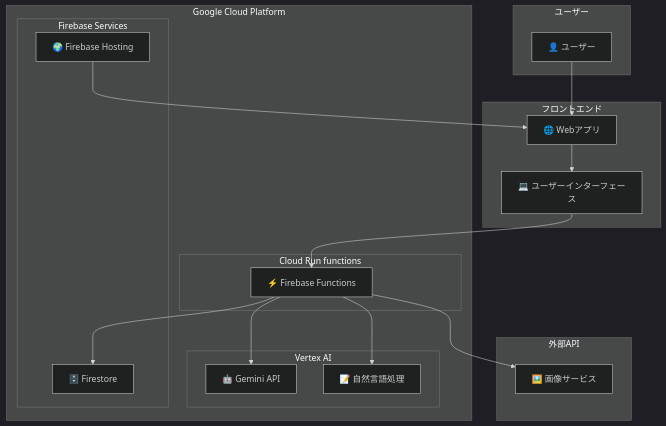
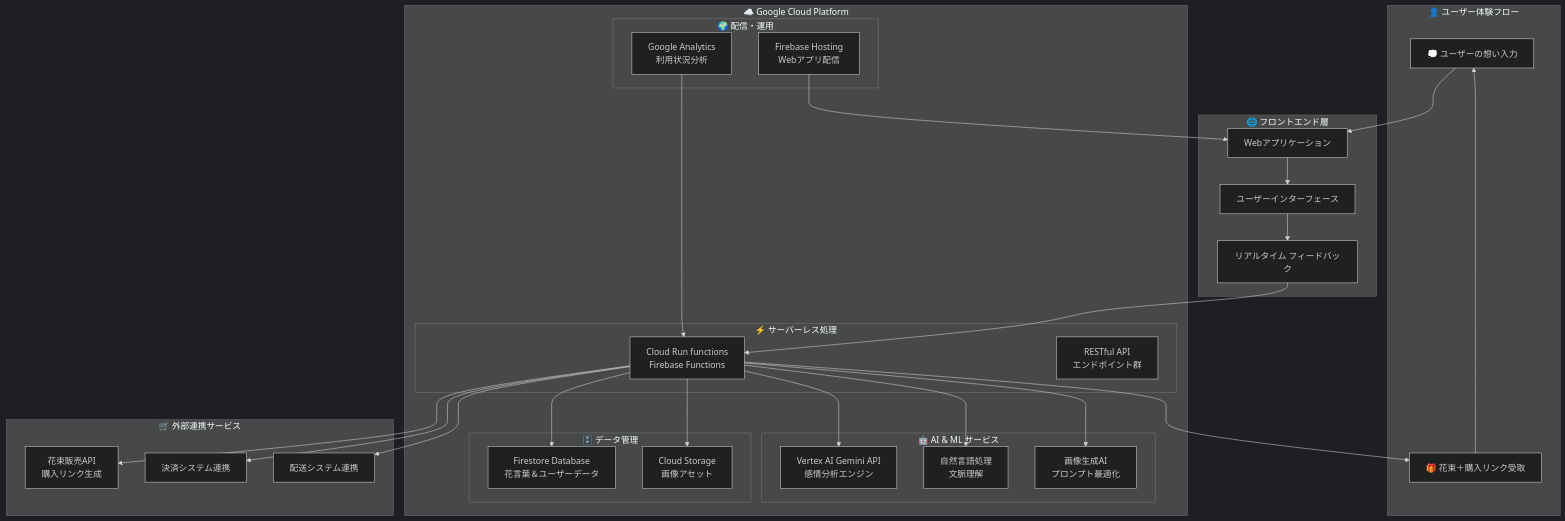
The third of 9 diagrams in docs/zenn-article-complete.md (wwlapaki310/sakisou), drawn with Mermaid (dark theme) before and after one commit. The commit also changed other lines of this file, not shown here.

````diff
--- a/docs/zenn-article-complete.md
+++ b/docs/zenn-article-complete.md
@@ -68,40 +153,58 @@
 ```mermaid
 graph TB
-    subgraph "ユーザー"
-        User[👤 ユーザー]
+    subgraph "👤 ユーザー体験フロー"
+        User[💭 ユーザーの想い入力]
+        Result[🎁 花束＋購入リンク受取]
     end
     
-    subgraph "フロントエンド"
-        Web[🌐 Webアプリ]
-        UI[💻 ユーザーインターフェース]
+    subgraph "🌐 フロントエンド層"
+        Web[Webアプリケーション]
+        UI[ユーザーインターフェース]
+        UX[リアルタイム フィードバック]
     end
     
-    subgraph "Google Cloud Platform"
-        subgraph "Cloud Run functions"
-            API[⚡ Firebase Functions]
+    subgraph "☁️ Google Cloud Platform"
+        subgraph "🤖 AI & ML サービス"
+            Gemini[Vertex AI Gemini API<br/>感情分析エンジン]
+            NLP[自然言語処理<br/>文脈理解]
+            ImageAI[画像生成AI<br/>プロンプト最適化]
         end
         
-        subgraph "Vertex AI"
-            Gemini[🤖 Gemini API]
-            NLP[📝 自然言語処理]
+        subgraph "⚡ サーバーレス処理"
+            CloudFunc[Cloud Run functions<br/>Firebase Functions]
+            API[RESTful API<br/>エンドポイント群]
         end
         
-        subgraph "Firebase Services"
-            Firestore[🗄️ Firestore]
-            Hosting[🌍 Firebase Hosting]
+        subgraph "🗄️ データ管理"
+            Firestore[Firestore Database<br/>花言葉＆ユーザーデータ]
+            Storage[Cloud Storage<br/>画像アセット]
+        end
+        
+        subgraph "🌍 配信・運用"
+            Hosting[Firebase Hosting<br/>Webアプリ配信]
+            Analytics[Google Analytics<br/>利用状況分析]
         end
     end
     
-    subgraph "外部API"
-        Images[🖼️ 画像サービス]
+    subgraph "🛒 外部連携サービス"
+        FlowerAPI[花束販売API<br/>購入リンク生成]
+        PaymentAPI[決済システム連携]
+        DeliveryAPI[配送システム連携]
     end
     
     User --> Web
-    Web --> UI
-    UI --> API
-    API --> Gemini
-    API --> NLP
-    API --> Firestore
-    API --> Images
+    Web --> UI --> UX
+    UX --> CloudFunc
+    CloudFunc --> Gemini
+    CloudFunc --> NLP
+    CloudFunc --> ImageAI
+    CloudFunc --> Firestore
+    CloudFunc --> Storage
+    CloudFunc --> FlowerAPI
+    CloudFunc --> PaymentAPI
+    CloudFunc --> DeliveryAPI
     Hosting --> Web
+    Analytics --> CloudFunc
+    CloudFunc --> Result
+    Result --> User
 ```
````
